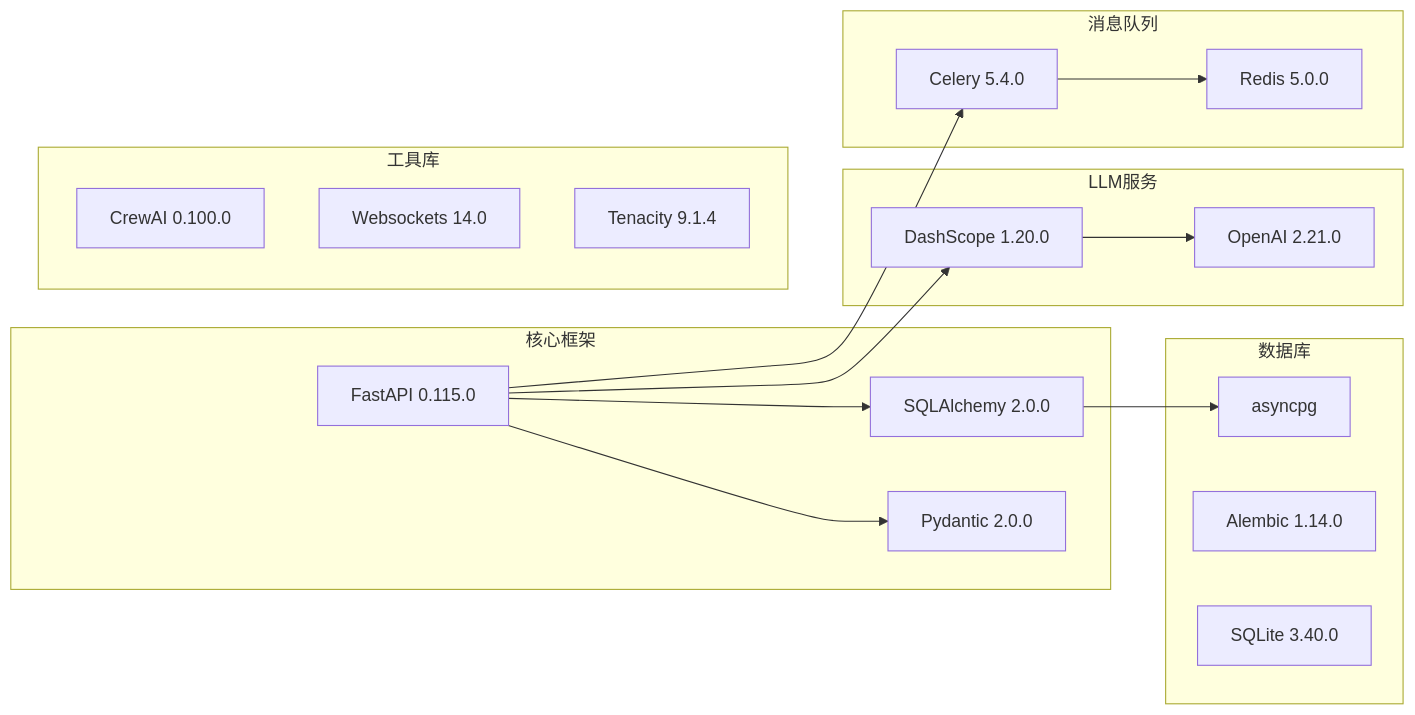
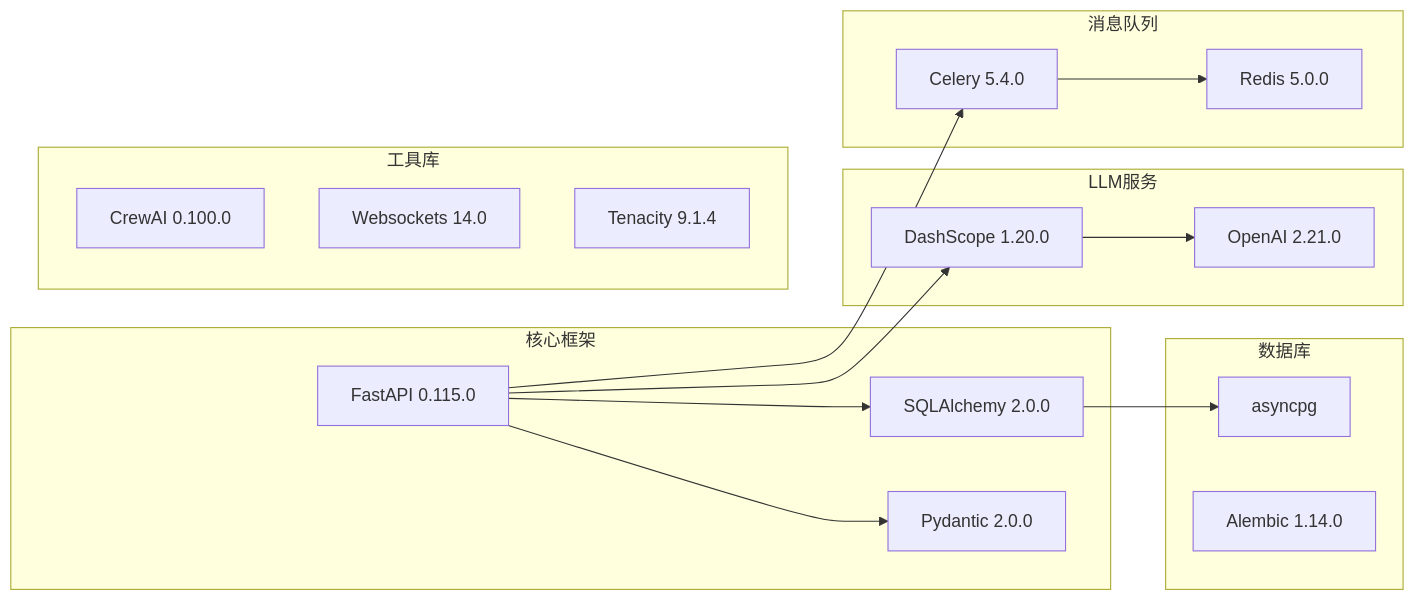
Before and after one commit to xfbyxq/ai-novel-system: diagram 17 of 18 in .qoder/repowiki/zh/content/Ai Chat Service.md, drawn with Mermaid. The commit also changed other lines of this file and 38 other files, not shown here.

````diff
--- a/.qoder/repowiki/zh/content/Ai Chat Service.md
+++ b/.qoder/repowiki/zh/content/Ai Chat Service.md
@@ -792,33 +621,32 @@
 ```mermaid
 graph LR
 subgraph "核心框架"
 FastAPI[FastAPI 0.115.0]
 SQLAlchemy[SQLAlchemy 2.0.0]
 Pydantic[Pydantic 2.0.0]
 end
 subgraph "数据库"
 AsyncPG[asyncpg]
 Alembic[Alembic 1.14.0]
-SQLite[SQLite 3.40.0]
 end
 subgraph "LLM服务"
 DashScope[DashScope 1.20.0]
 OpenAI[OpenAI 2.21.0]
 end
 subgraph "消息队列"
 Celery[Celery 5.4.0]
 Redis[Redis 5.0.0]
 end
 subgraph "工具库"
 CrewAI[CrewAI 0.100.0]
 Websockets[Websockets 14.0]
 Tenacity[Tenacity 9.1.4]
 end
 FastAPI --> SQLAlchemy
 FastAPI --> Pydantic
 SQLAlchemy --> AsyncPG
 FastAPI --> DashScope
 DashScope --> OpenAI
 FastAPI --> Celery
 Celery --> Redis
 ```
````
